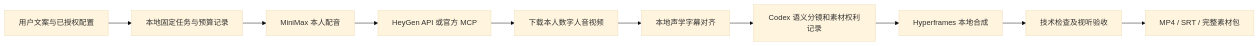
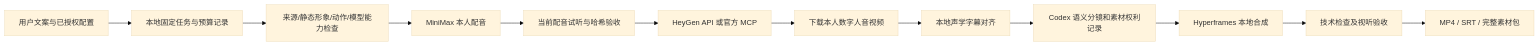
The diagram in docs/ARCHITECTURE.md (delu543/digital-human-workflow), drawn with Mermaid (base theme) before and after one commit. The commit also changed other lines of this file and 37 other files, not shown here.

````diff
--- a/docs/ARCHITECTURE.md
+++ b/docs/ARCHITECTURE.md
@@ -3,12 +3,14 @@
 ```mermaid
 flowchart LR
   U[用户文案与已授权配置] --> J[本地固定任务与预算记录]
-  J --> M[MiniMax 本人配音]
-  M --> H[HeyGen API 或官方 MCP]
+  J --> P[来源/静态形象/动作/模型能力检查]
+  P --> M[MiniMax 本人配音]
+  M --> V[当前配音试听与哈希验收]
+  V --> H[HeyGen API 或官方 MCP]
   H --> A[下载本人数字人音视频]
   A --> T[本地声学字幕对齐]
   T --> C[Codex 语义分镜和素材权利记录]
   C --> F[Hyperframes 本地合成]
   F --> Q[技术检查及视听验收]
   Q --> D[MP4 / SRT / 完整素材包]
 ```
````
